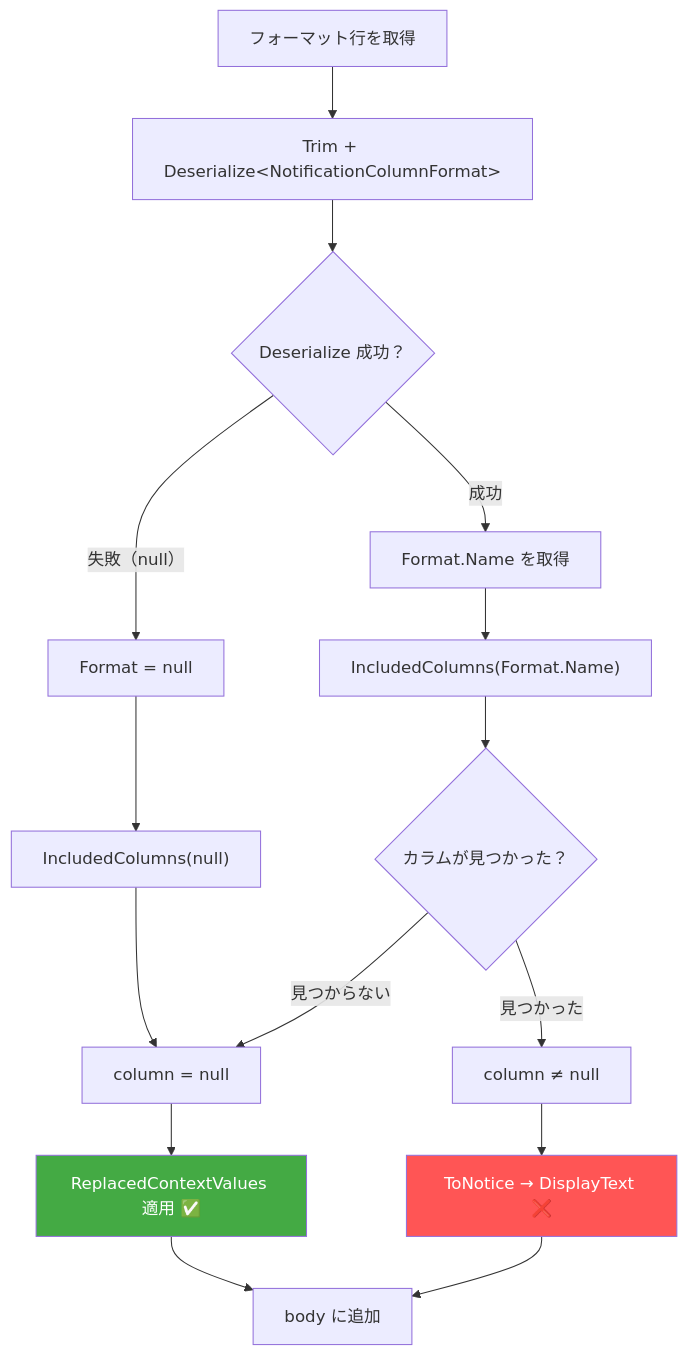
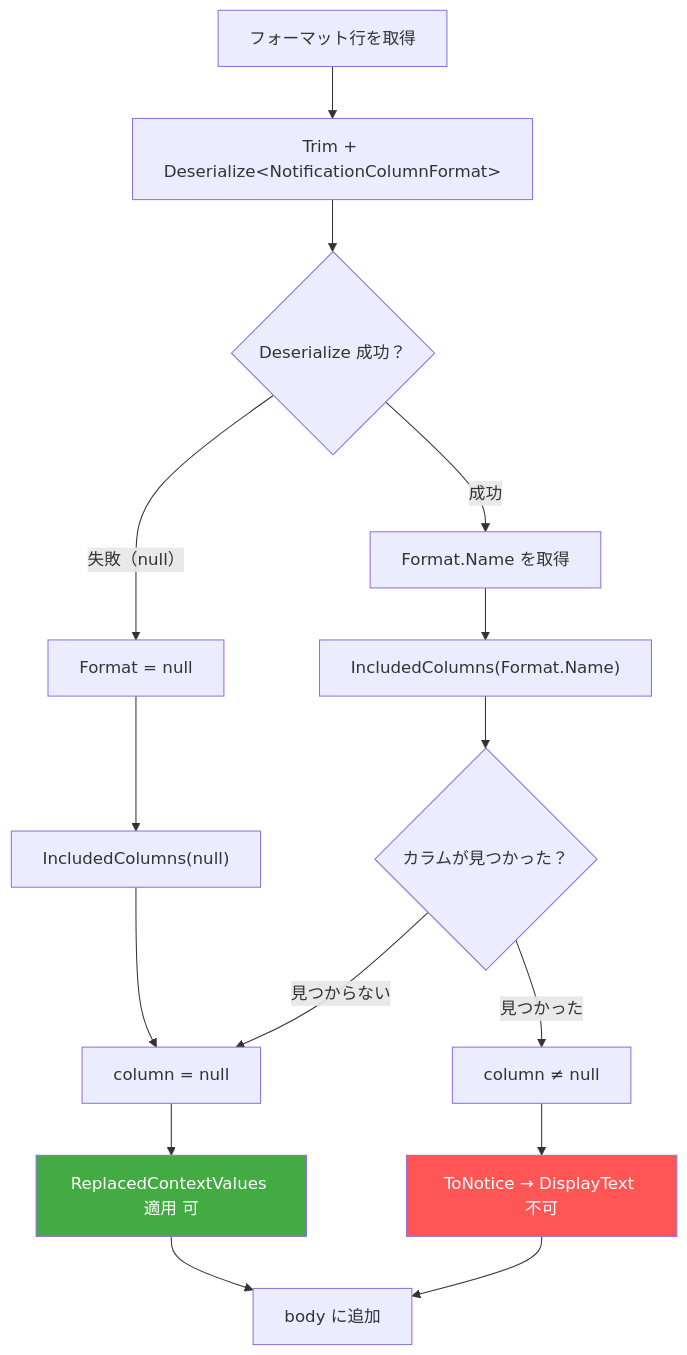
Before and after one commit to vehiclevisionjp/VehicleVision.Pleasanter.ResearchDocuments: the second of 4 diagrams in docs/research/04-UI・画面/005-通知コンテキスト変数の展開不具合.md, drawn with Mermaid. The commit also changed other lines of this file and 15 other files, not shown here.

````diff
--- a/docs/research/04-UI・画面/005-通知コンテキスト変数の展開不具合.md
+++ b/docs/research/04-UI・画面/005-通知コンテキスト変数の展開不具合.md
@@ -316,20 +316,20 @@
 ```mermaid
 flowchart TD
     A["フォーマット行を取得"] --> B["Trim + Deserialize&lt;NotificationColumnFormat&gt;"]
     B --> C{"Deserialize 成功？"}
     C -->|"失敗（null）"| D["Format = null"]
     C -->|"成功"| E["Format.Name を取得"]
     D --> F["IncludedColumns(null)"]
     E --> G["IncludedColumns(Format.Name)"]
     F --> H["column = null"]
     G --> I{"カラムが見つかった？"}
     I -->|"見つからない"| H
     I -->|"見つかった"| J["column ≠ null"]
-    H --> K["ReplacedContextValues 適用 ✅"]
-    J --> L["ToNotice → DisplayText ❌"]
+    H --> K["ReplacedContextValues 適用 可"]
+    J --> L["ToNotice → DisplayText 不可"]
     K --> M["body に追加"]
     L --> M
 
     style K fill:#4a4,color:#fff
     style L fill:#f55,color:#fff
 ```
````
